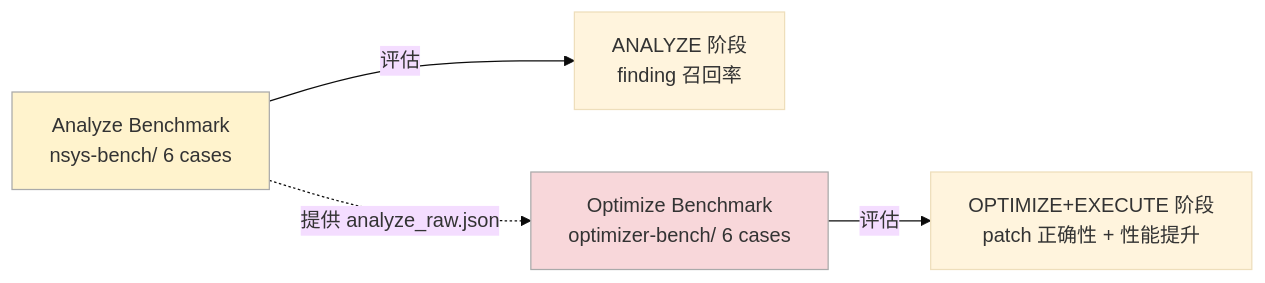
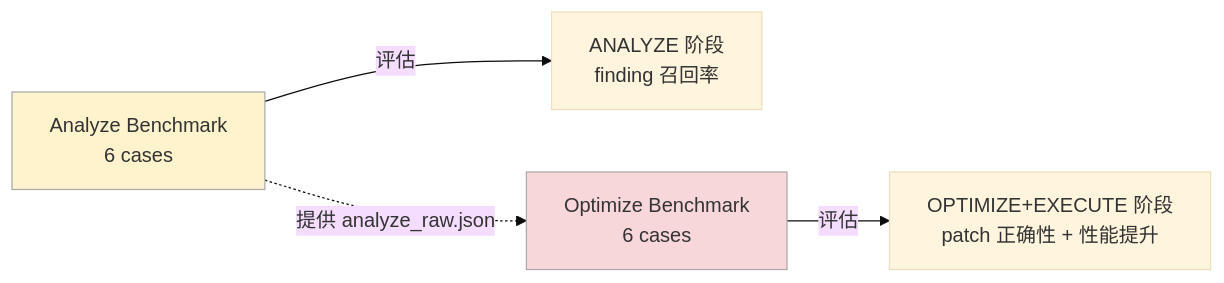
The diagram in docs/07-benchmark.md (szfmsmdx/Sysight), drawn with Mermaid (base theme) before and after one commit. The commit also changed other lines of this file and 6 other files, not shown here.

````diff
--- a/docs/07-benchmark.md
+++ b/docs/07-benchmark.md
@@ -19,10 +17,10 @@
 ```mermaid
 flowchart LR
-    AB[Analyze Benchmark\nnsys-bench/ 6 cases] -->|评估| AC[ANALYZE 阶段\nfinding 召回率]
-    OB[Optimize Benchmark\noptimizer-bench/ 6 cases] -->|评估| OC[OPTIMIZE+EXECUTE 阶段\npatch 正确性 + 性能提升]
+    AB[Analyze Benchmark\n6 cases] -->|评估| AC[ANALYZE 阶段\nfinding 召回率]
+    OB[Optimize Benchmark\n6 cases] -->|评估| OC[OPTIMIZE+EXECUTE 阶段\npatch 正确性 + 性能提升]
 
     AB -.->|提供 analyze_raw.json| OB
 
     style AB fill:#fff3cd,stroke:#aaa
     style OB fill:#f8d7da,stroke:#aaa
 ```
````
